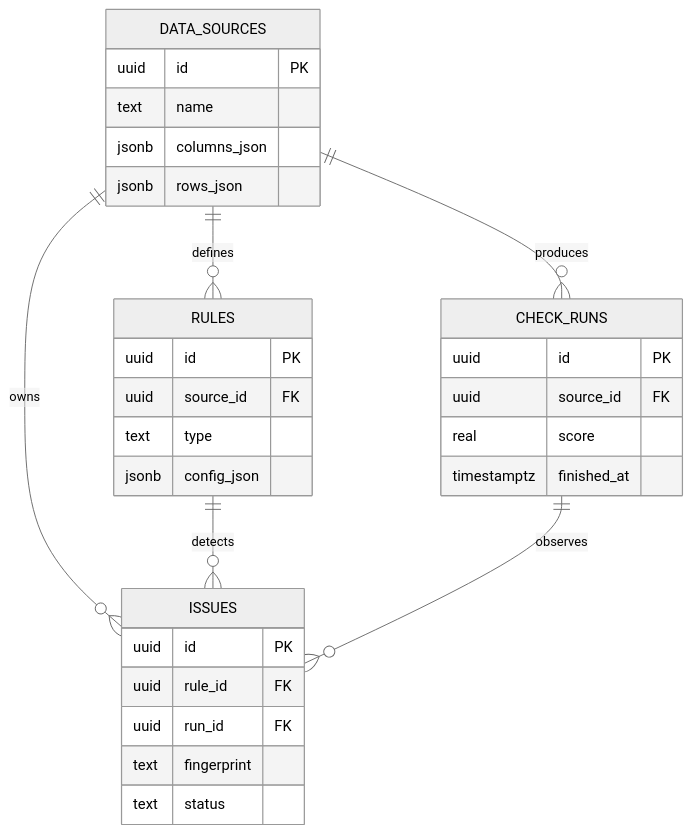
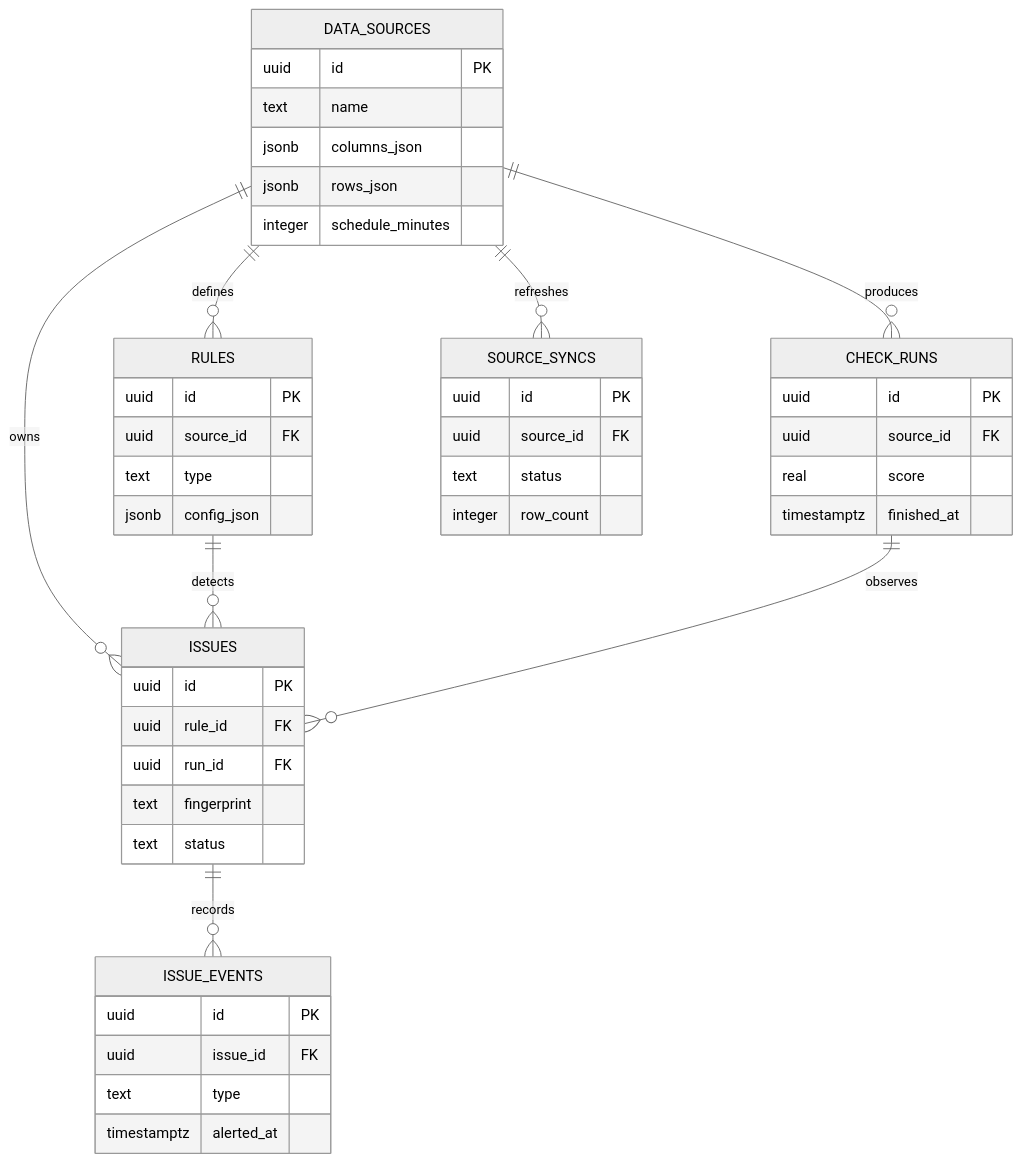
The first of 2 diagrams in docs/architecture/adr-004-data-model.md (1cbyc/datalint), drawn with Mermaid (neutral theme) before and after one commit. The commit also changed other lines of this file and 19 other files, not shown here.

````diff
--- a/docs/architecture/adr-004-data-model.md
+++ b/docs/architecture/adr-004-data-model.md
@@ -11,34 +11,49 @@
 ```mermaid
 erDiagram
   DATA_SOURCES ||--o{ RULES : defines
   DATA_SOURCES ||--o{ CHECK_RUNS : produces
   DATA_SOURCES ||--o{ ISSUES : owns
+  DATA_SOURCES ||--o{ SOURCE_SYNCS : refreshes
   RULES ||--o{ ISSUES : detects
   CHECK_RUNS ||--o{ ISSUES : observes
+  ISSUES ||--o{ ISSUE_EVENTS : records
 
   DATA_SOURCES {
     uuid id PK
     text name
     jsonb columns_json
     jsonb rows_json
+    integer schedule_minutes
   }
   RULES {
     uuid id PK
     uuid source_id FK
     text type
     jsonb config_json
   }
   CHECK_RUNS {
     uuid id PK
     uuid source_id FK
     real score
     timestamptz finished_at
   }
   ISSUES {
     uuid id PK
     uuid rule_id FK
     uuid run_id FK
     text fingerprint
     text status
   }
+  SOURCE_SYNCS {
+    uuid id PK
+    uuid source_id FK
+    text status
+    integer row_count
+  }
+  ISSUE_EVENTS {
+    uuid id PK
+    uuid issue_id FK
+    text type
+    timestamptz alerted_at
+  }
 ```
````
